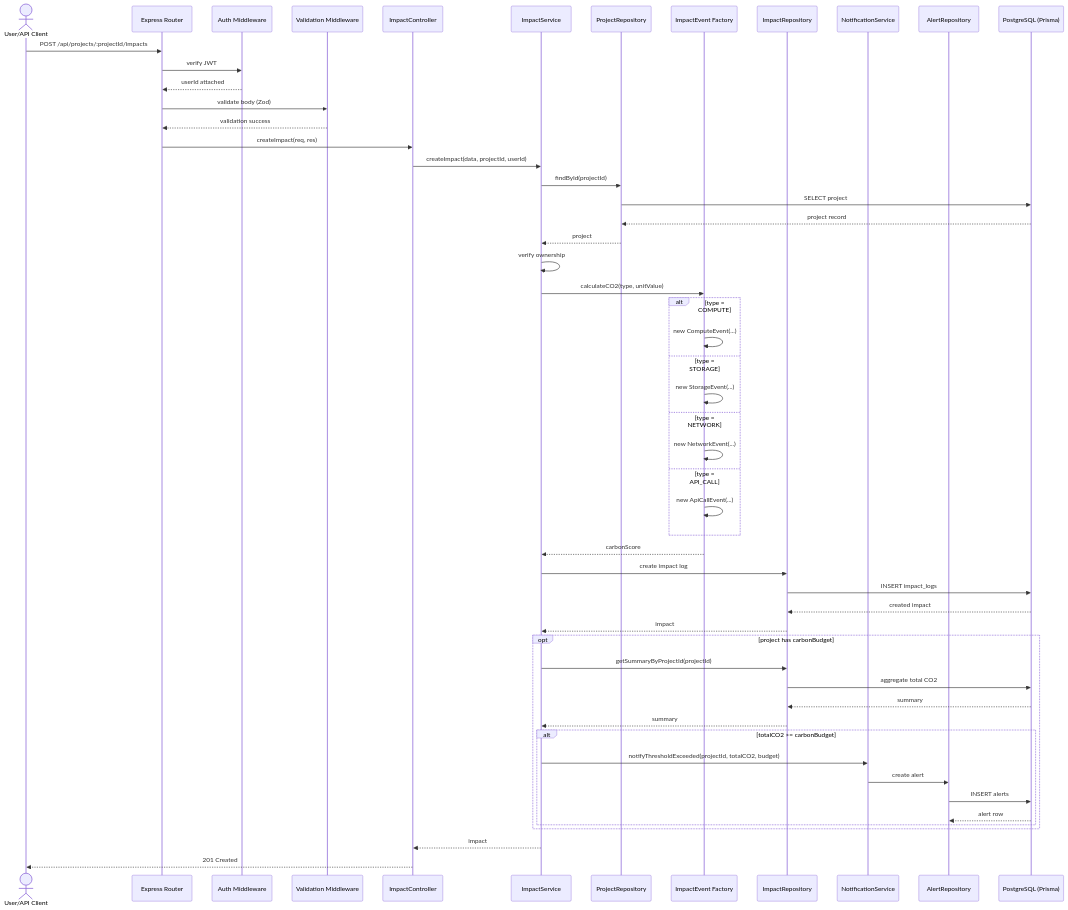
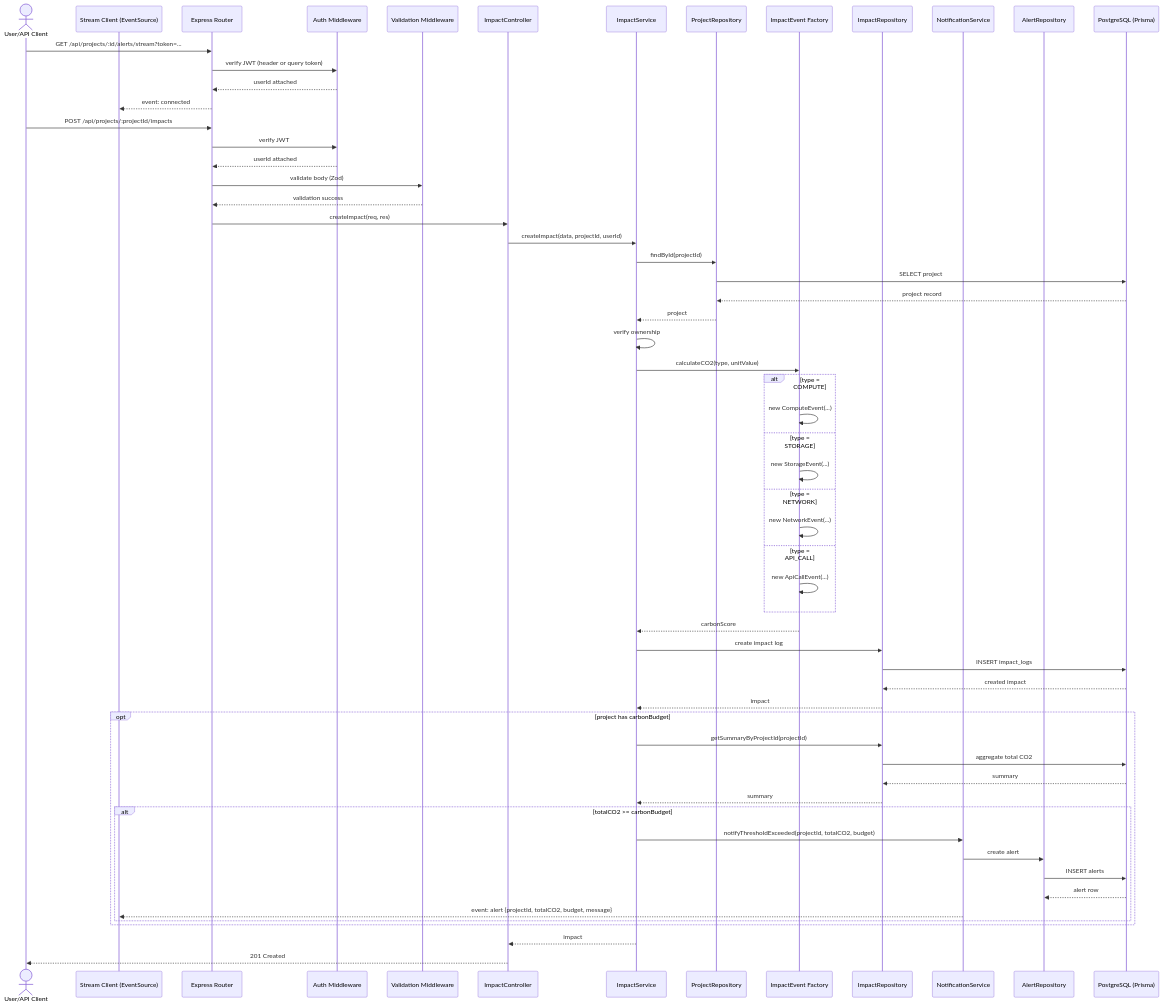
Before and after one commit to IronwallxR5/GreenPulse: the first of 2 diagrams in sequenceDiagram.md, drawn with Mermaid. The commit also changed 10 other files, not shown here.

Commit message:
Add live alerts stream and update docs

````diff
--- a/sequenceDiagram.md
+++ b/sequenceDiagram.md
@@ -5,63 +5,70 @@
 ```mermaid
 sequenceDiagram
     actor U as User/API Client
+    participant SC as Stream Client (EventSource)
     participant R as Express Router
     participant AM as Auth Middleware
     participant VM as Validation Middleware
     participant IC as ImpactController
     participant IS as ImpactService
     participant PR as ProjectRepository
     participant F as ImpactEvent Factory
     participant IR as ImpactRepository
     participant NS as NotificationService
     participant AR as AlertRepository
     participant DB as PostgreSQL (Prisma)
+
+    U->>R: GET /api/projects/:id/alerts/stream?token=...
+    R->>AM: verify JWT (header or query token)
+    AM-->>R: userId attached
+    R-->>SC: event: connected
 
     U->>R: POST /api/projects/:projectId/impacts
     R->>AM: verify JWT
     AM-->>R: userId attached
     R->>VM: validate body (Zod)
     VM-->>R: validation success
     R->>IC: createImpact(req, res)
     IC->>IS: createImpact(data, projectId, userId)
 
     IS->>PR: findById(projectId)
     PR->>DB: SELECT project
     DB-->>PR: project record
     PR-->>IS: project
     IS->>IS: verify ownership
 
     IS->>F: calculateCO2(type, unitValue)
     alt type = COMPUTE
         F->>F: new ComputeEvent(...)
     else type = STORAGE
         F->>F: new StorageEvent(...)
     else type = NETWORK
         F->>F: new NetworkEvent(...)
     else type = API_CALL
         F->>F: new ApiCallEvent(...)
     end
     F-->>IS: carbonScore
 
     IS->>IR: create impact log
     IR->>DB: INSERT impact_logs
     DB-->>IR: created impact
     IR-->>IS: impact
 
     opt project has carbonBudget
         IS->>IR: getSummaryByProjectId(projectId)
         IR->>DB: aggregate total CO2
         DB-->>IR: summary
         IR-->>IS: summary
 
         alt totalCO2 >= carbonBudget
             IS->>NS: notifyThresholdExceeded(projectId, totalCO2, budget)
             NS->>AR: create alert
             AR->>DB: INSERT alerts
             DB-->>AR: alert row
+            NS-->>SC: event: alert {projectId, totalCO2, budget, message}
         end
     end
 
     IS-->>IC: impact
     IC-->>U: 201 Created
 ```
````
